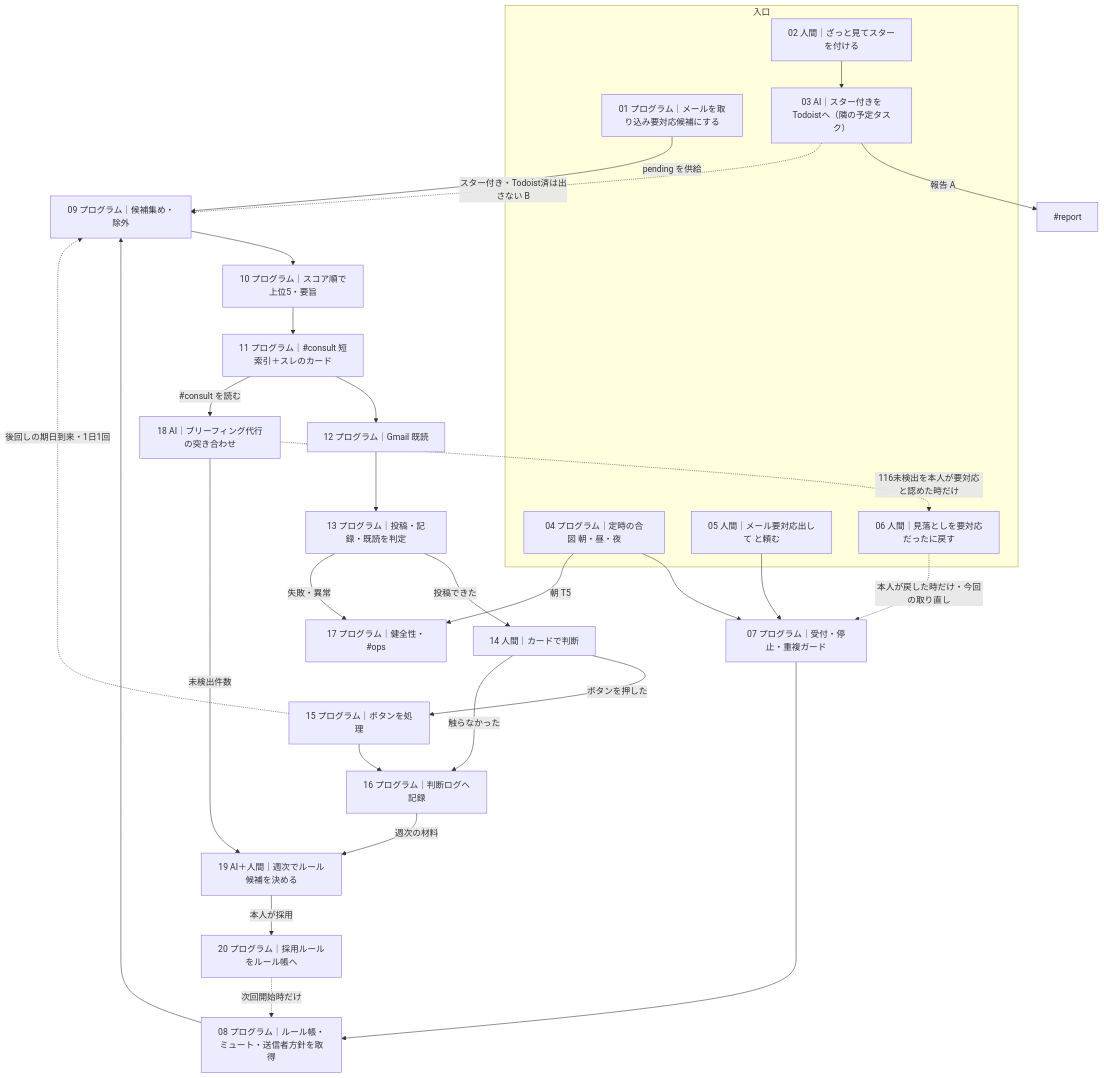
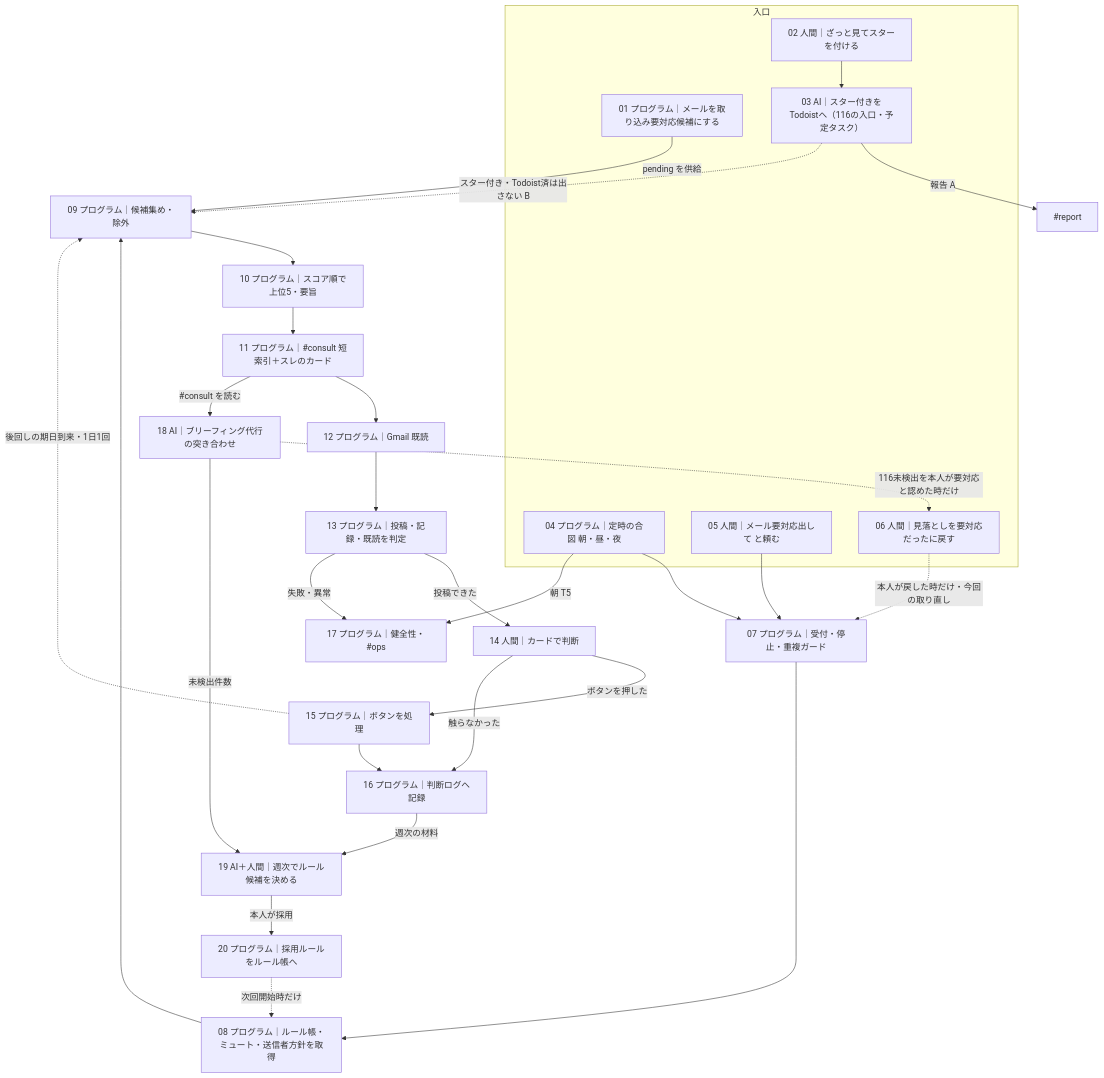
The diagram in docs/AIエージェントチーム/100_連絡・物件動向把握室/116_メール要対応係/flow.md (m19mhrts83-cyber/project-GE), drawn with Mermaid before and after one commit. The commit also changed other lines of this file and 7 other files, not shown here.

````diff
--- a/docs/AIエージェントチーム/100_連絡・物件動向把握室/116_メール要対応係/flow.md
+++ b/docs/AIエージェントチーム/100_連絡・物件動向把握室/116_メール要対応係/flow.md
@@ -21,47 +21,47 @@
 ```mermaid
 flowchart TD
   subgraph IN["入口"]
     N01["01 プログラム｜メールを取り込み要対応候補にする"]
     N02["02 人間｜ざっと見てスターを付ける"]
-    N03["03 AI｜スター付きをTodoistへ（隣の予定タスク）"]
+    N03["03 AI｜スター付きをTodoistへ（116の入口・予定タスク）"]
     N04["04 プログラム｜定時の合図 朝・昼・夜"]
     N05["05 人間｜メール要対応出して と頼む"]
     N06["06 人間｜見落としを要対応だったに戻す"]
   end
   N07["07 プログラム｜受付・停止・重複ガード"]
   N08["08 プログラム｜ルール帳・ミュート・送信者方針を取得"]
   N09["09 プログラム｜候補集め・除外"]
   N10["10 プログラム｜スコア順で上位5・要旨"]
   N11["11 プログラム｜#consult 短索引＋スレのカード"]
   N12["12 プログラム｜Gmail 既読"]
   N13["13 プログラム｜投稿・記録・既読を判定"]
   N14["14 人間｜カードで判断"]
   N15["15 プログラム｜ボタンを処理"]
   N16["16 プログラム｜判断ログへ記録"]
   N17["17 プログラム｜健全性・#ops"]
   N18["18 AI｜ブリーフィング代行の突き合わせ"]
   N19["19 AI＋人間｜週次でルール候補を決める"]
   N20["20 プログラム｜採用ルールをルール帳へ"]
 
   N02 --> N03
   N03 -->|報告 A| R03["#report"]
   N03 -.->|スター付き・Todoist済は出さない B| N09
   N01 -->|pending を供給| N09
   N04 --> N07
   N05 --> N07
   N06 -.->|本人が戻した時だけ・今回の取り直し| N07
   N07 --> N08 --> N09 --> N10 --> N11 --> N12 --> N13
   N13 -->|投稿できた| N14
   N13 -->|失敗・異常| N17
   N04 -->|朝 T5| N17
   N14 -->|ボタンを押した| N15
   N14 -->|触らなかった| N16
   N15 --> N16
   N15 -.->|後回しの期日到来・1日1回| N09
   N11 -->|#consult を読む| N18
   N18 -.->|116未検出を本人が要対応と認めた時だけ| N06
   N16 -->|週次の材料| N19
   N18 -->|未検出件数| N19
   N19 -->|本人が採用| N20
   N20 -.->|次回開始時だけ| N08
 ```
````
